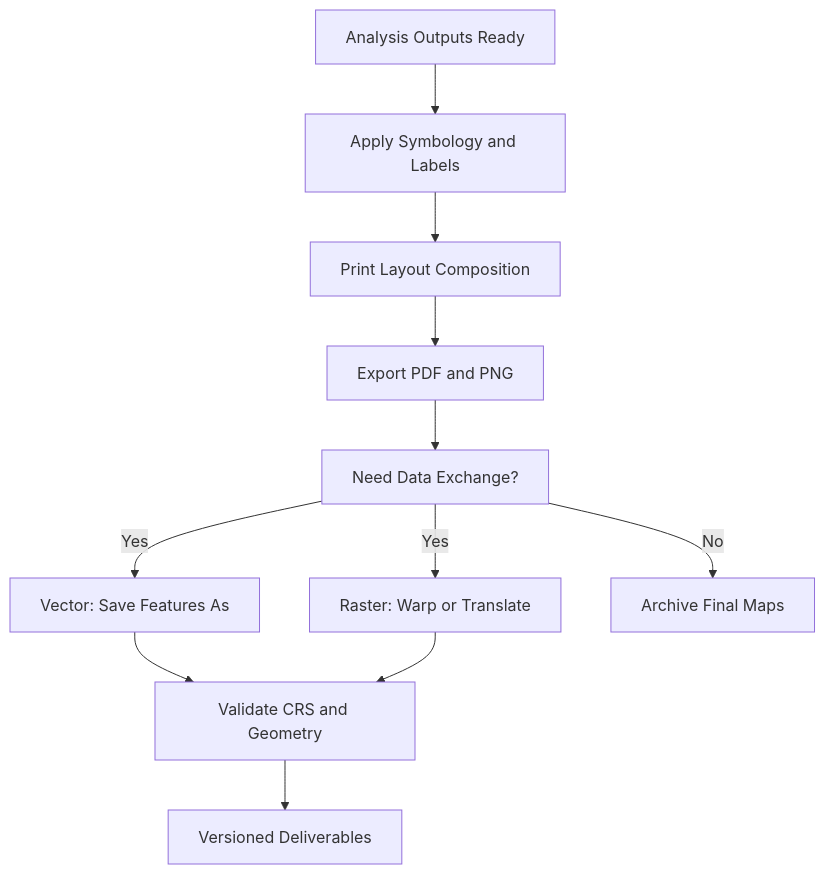
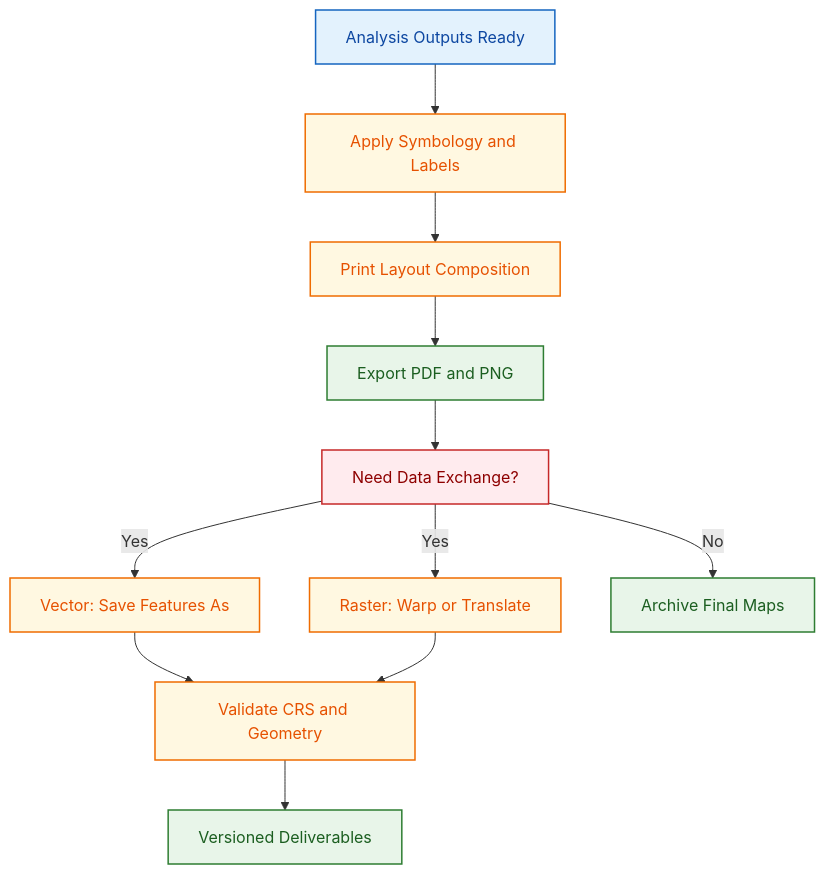
Before and after one commit to PrathamGitHub/Geo-CAD-Practical-Reference: the fourth of 4 diagrams in docs/qgis-gep-reference.md, drawn with Mermaid. The commit also changed other lines of this file and 7 other files, not shown here.

Commit message:
Enhance documentation with updated flowcharts and class definitions for improved clarity and usability across AutoCAD Civil 3D, Excel 365, Google Earth Pro, OneDrive, and QGIS workflows.

````diff
--- a/docs/qgis-gep-reference.md
+++ b/docs/qgis-gep-reference.md
@@ -251,13 +279,23 @@
 ```mermaid
 flowchart TD
 	A[Analysis Outputs Ready] --> B[Apply Symbology and Labels]
 	B --> C[Print Layout Composition]
 	C --> D[Export PDF and PNG]
 	D --> E[Need Data Exchange?]
 	E -->|Yes| F[Vector: Save Features As]
 	E -->|Yes| G[Raster: Warp or Translate]
 	E -->|No| H[Archive Final Maps]
 	F --> I[Validate CRS and Geometry]
 	G --> I
 	I --> J[Versioned Deliverables]
+
+	classDef input fill:#e3f2fd,stroke:#1565c0,stroke-width:1.5px,color:#0d47a1;
+	classDef process fill:#fff8e1,stroke:#ef6c00,stroke-width:1.5px,color:#e65100;
+	classDef decision fill:#ffebee,stroke:#c62828,stroke-width:1.5px,color:#8e0000;
+	classDef output fill:#e8f5e9,stroke:#2e7d32,stroke-width:1.5px,color:#1b5e20;
+
+	class A input;
+	class B,C,F,G,I process;
+	class E decision;
+	class D,H,J output;
 ```
````
